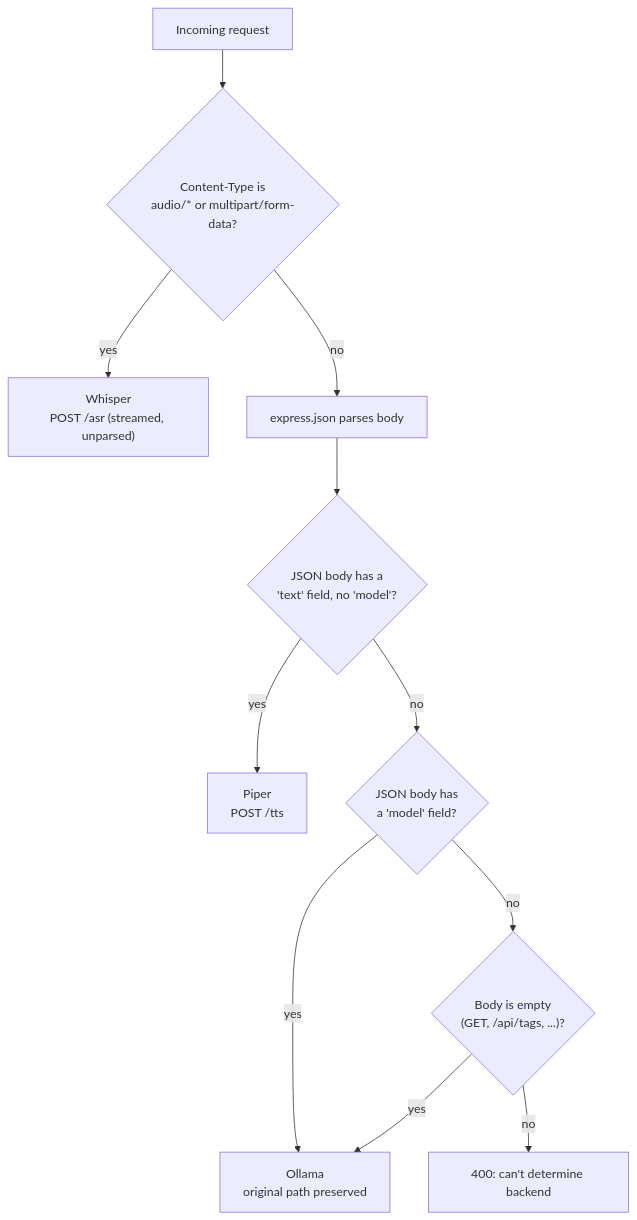
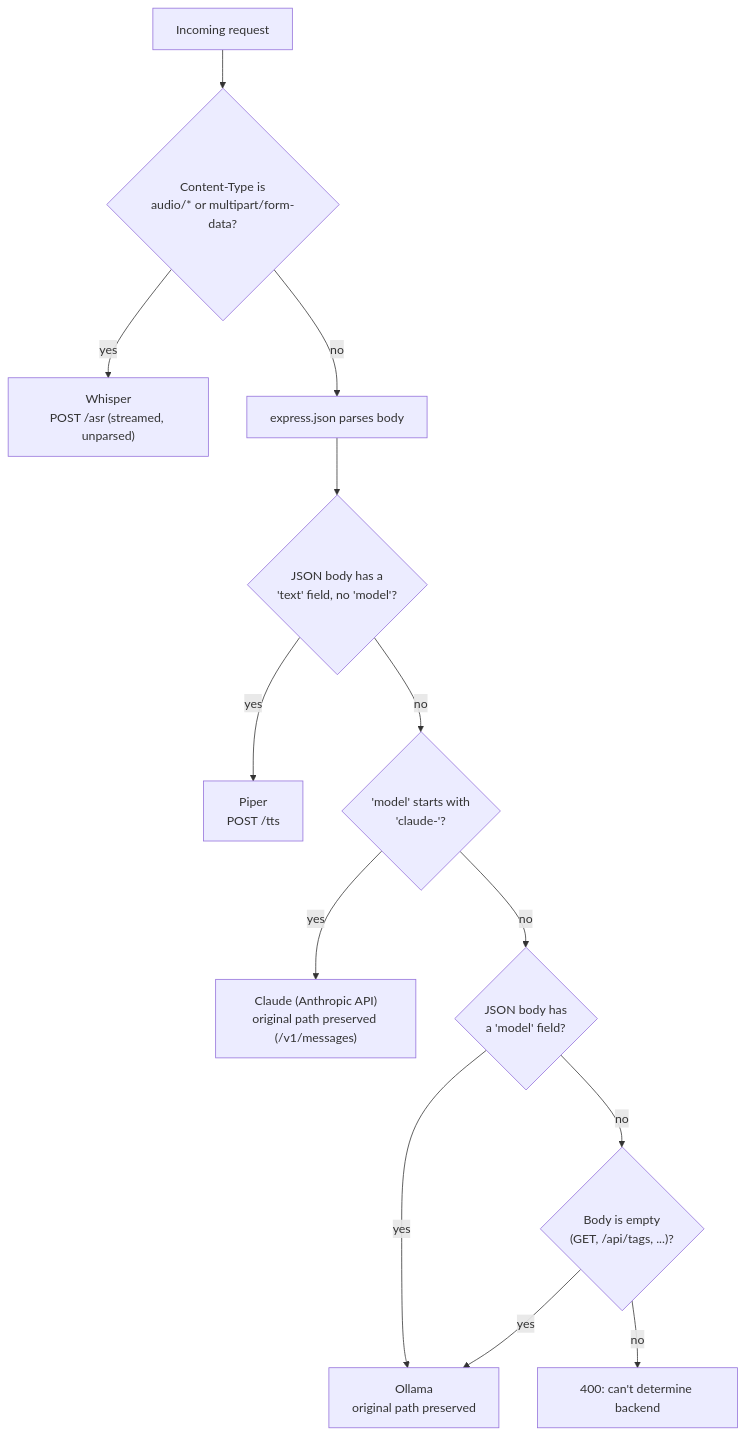
The first of 2 diagrams in docs/routing.md (koydas/homelab-gateway), drawn with Mermaid before and after one commit. The commit also changed other lines of this file and 7 other files, not shown here.

First line of the commit message:
Front Claude (Anthropic API) calls the same way as Ollama/Whisper/Piper

````diff
--- a/docs/routing.md
+++ b/docs/routing.md
@@ -9,13 +9,15 @@
 ```mermaid
 flowchart TD
     A[Incoming request] --> B{Content-Type is<br/>audio/* or multipart/form-data?}
     B -- yes --> W["Whisper<br/>POST /asr (streamed, unparsed)"]
     B -- no --> C[express.json parses body]
     C --> D{JSON body has a<br/>'text' field, no 'model'?}
     D -- yes --> P["Piper<br/>POST /tts"]
-    D -- no --> E{JSON body has<br/>a 'model' field?}
+    D -- no --> G{"'model' starts with<br/>'claude-'?"}
+    G -- yes --> CL["Claude (Anthropic API)<br/>original path preserved (/v1/messages)"]
+    G -- no --> E{JSON body has<br/>a 'model' field?}
     E -- yes --> O["Ollama<br/>original path preserved"]
     E -- no --> F{"Body is empty<br/>(GET, /api/tags, ...)?"}
     F -- yes --> O
     F -- no --> R["400: can't determine backend"]
 ```
````
